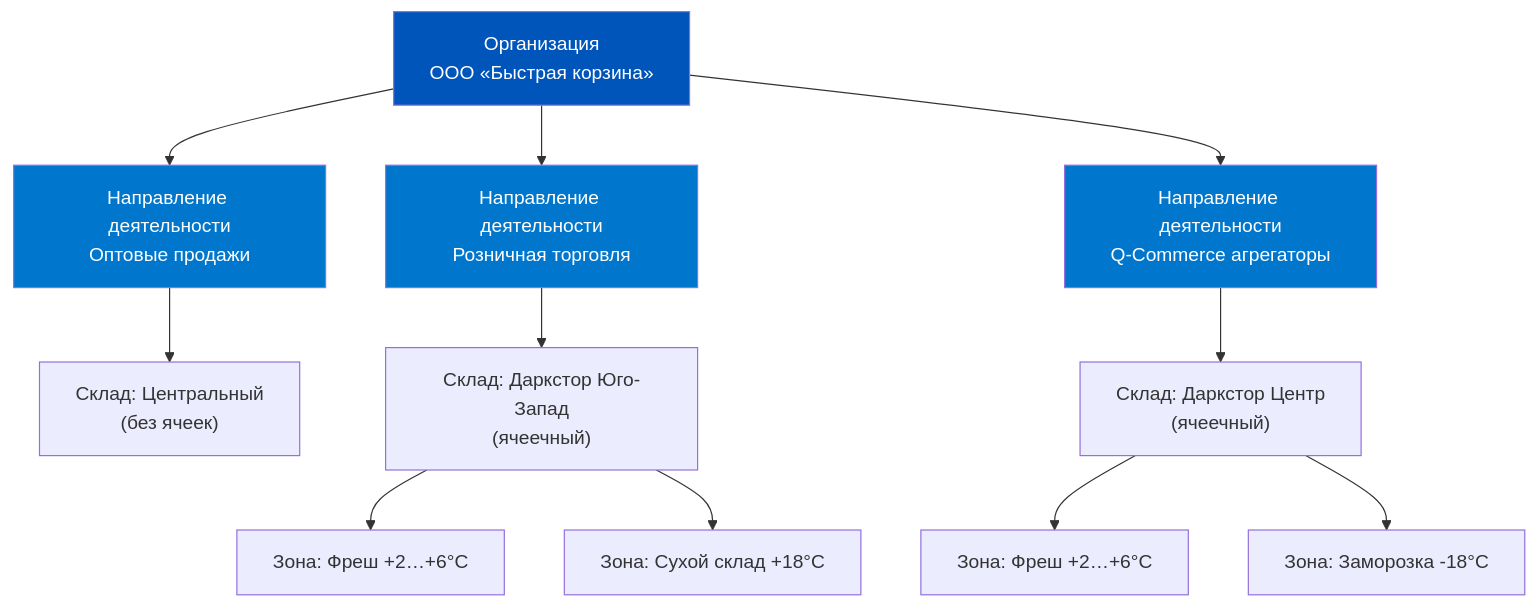
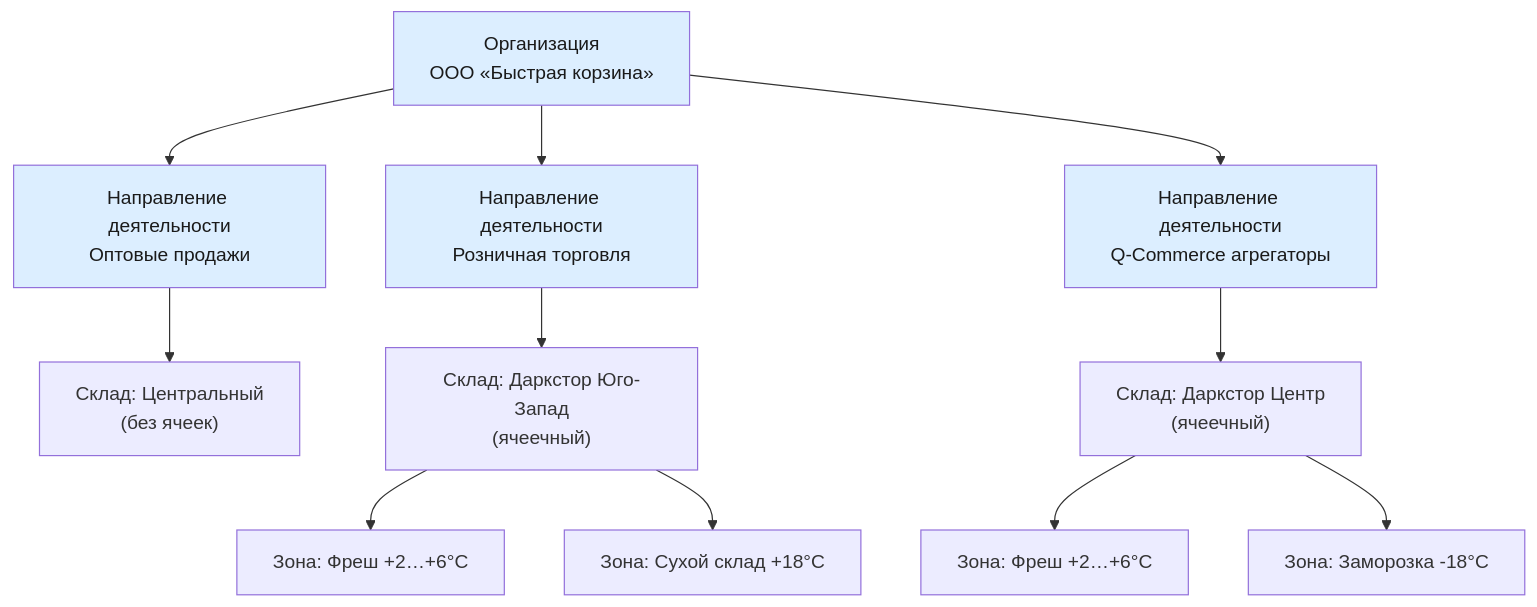
Before and after one commit to murad1986/1c-erp-quartz: the fifth of 5 diagrams in content/1c-erp/week_1/Неделя 1 - День 6 - Практикум по архитектуре.md, drawn with Mermaid. The commit also changed other lines of this file and 57 other files, not shown here.

First line of the commit message:
fix: Mermaid — пастельные цвета в источниках диаграмм (56 файлов)

````diff
--- a/content/1c-erp/week_1/Неделя 1 - День 6 - Практикум по архитектуре.md
+++ b/content/1c-erp/week_1/Неделя 1 - День 6 - Практикум по архитектуре.md
@@ -576,25 +576,25 @@
 ```mermaid
 graph TD
     ORG["Организация
 ООО «Быстрая корзина»"] --> DIV1["Направление деятельности
 Оптовые продажи"]
     ORG --> DIV2["Направление деятельности
 Розничная торговля"]
     ORG --> DIV3["Направление деятельности
 Q-Commerce агрегаторы"]
     DIV1 --> WH1["Склад: Центральный
 (без ячеек)"]
     DIV2 --> WH2["Склад: Даркстор Юго-Запад
 (ячеечный)"]
     DIV3 --> WH3["Склад: Даркстор Центр
 (ячеечный)"]
     WH2 --> Z1["Зона: Фреш +2…+6°C"]
     WH2 --> Z2["Зона: Сухой склад +18°C"]
     WH3 --> Z3["Зона: Фреш +2…+6°C"]
     WH3 --> Z4["Зона: Заморозка -18°C"]
 
-    style ORG fill:#0055BB,color:#fff
-    style DIV1 fill:#0077CC,color:#fff
-    style DIV2 fill:#0077CC,color:#fff
-    style DIV3 fill:#0077CC,color:#fff
+    style ORG fill:#dceeff,color:#1a1a1a
+    style DIV1 fill:#dceeff,color:#1a1a1a
+    style DIV2 fill:#dceeff,color:#1a1a1a
+    style DIV3 fill:#dceeff,color:#1a1a1a
 ```
````
